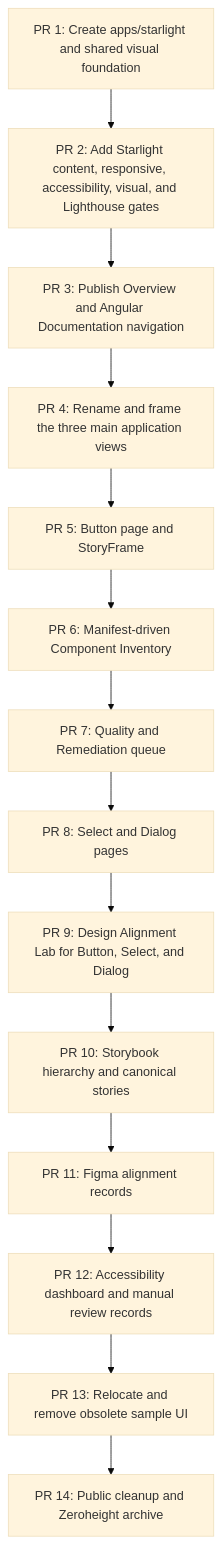
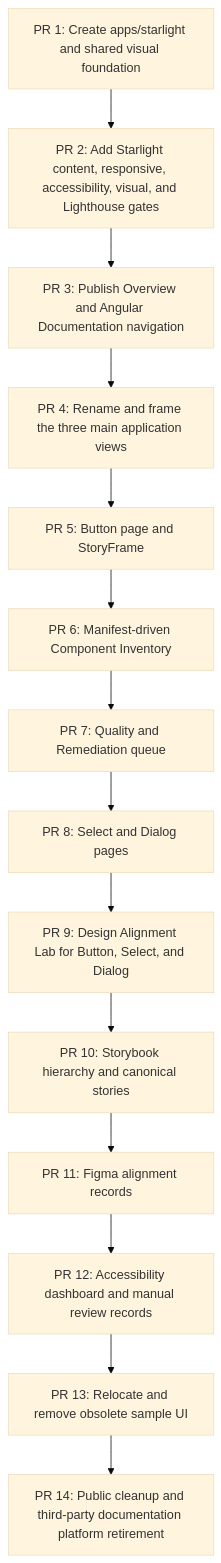
One commit to JeffreySanford/public-sector-federation changed the diagram in docs/documentation-upgrade/11-prioritized-backlog.md. Above: the diagram before and after it, drawn with Mermaid (base theme). The commit also changed other lines of this file and 91 other files, not shown here.

````diff
--- a/docs/documentation-upgrade/11-prioritized-backlog.md
+++ b/docs/documentation-upgrade/11-prioritized-backlog.md
@@ -434,16 +434,16 @@
 ```mermaid
 flowchart TD
   PR1[PR 1: Create apps/starlight and shared visual foundation] --> PR2[PR 2: Add Starlight content, responsive, accessibility, visual, and Lighthouse gates]
   PR2 --> PR3[PR 3: Publish Overview and Angular Documentation navigation]
   PR3 --> PR4[PR 4: Rename and frame the three main application views]
   PR4 --> PR5[PR 5: Button page and StoryFrame]
   PR5 --> PR6[PR 6: Manifest-driven Component Inventory]
   PR6 --> PR7[PR 7: Quality and Remediation queue]
   PR7 --> PR8[PR 8: Select and Dialog pages]
   PR8 --> PR9[PR 9: Design Alignment Lab for Button, Select, and Dialog]
   PR9 --> PR10[PR 10: Storybook hierarchy and canonical stories]
   PR10 --> PR11[PR 11: Figma alignment records]
   PR11 --> PR12[PR 12: Accessibility dashboard and manual review records]
   PR12 --> PR13[PR 13: Relocate and remove obsolete sample UI]
-  PR13 --> PR14[PR 14: Public cleanup and Zeroheight archive]
+  PR13 --> PR14[PR 14: Public cleanup and third-party documentation platform retirement]
 ```
````
